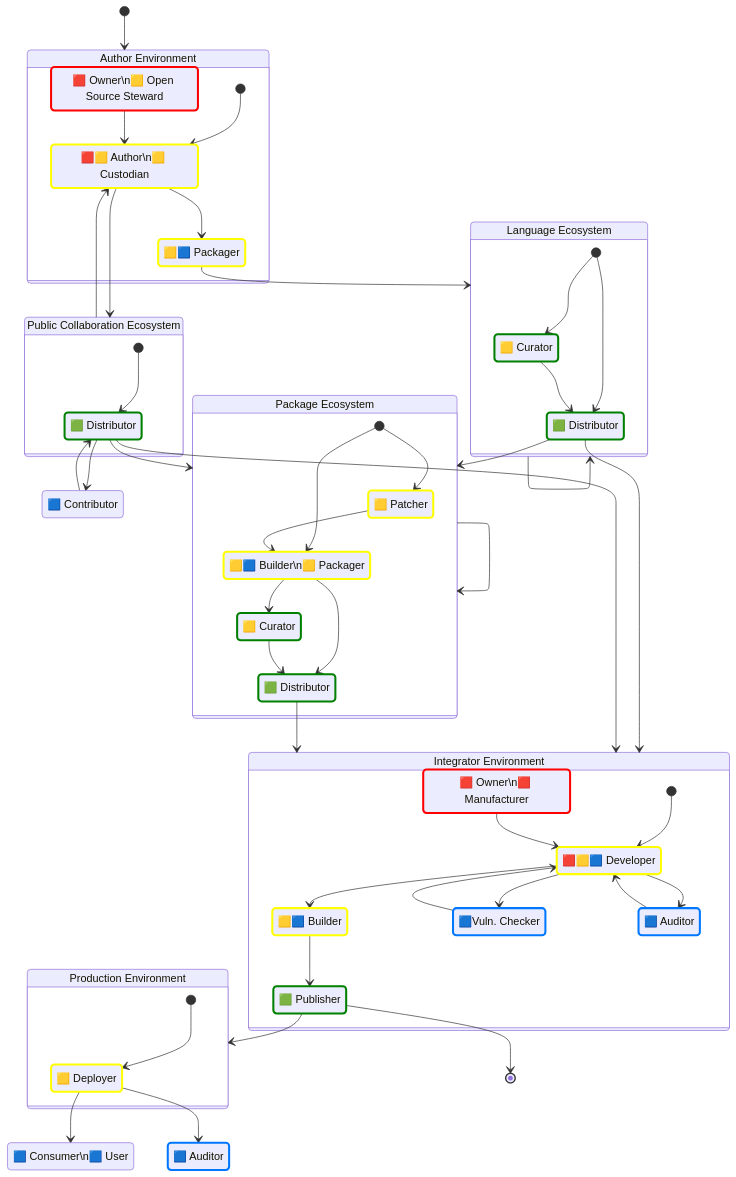
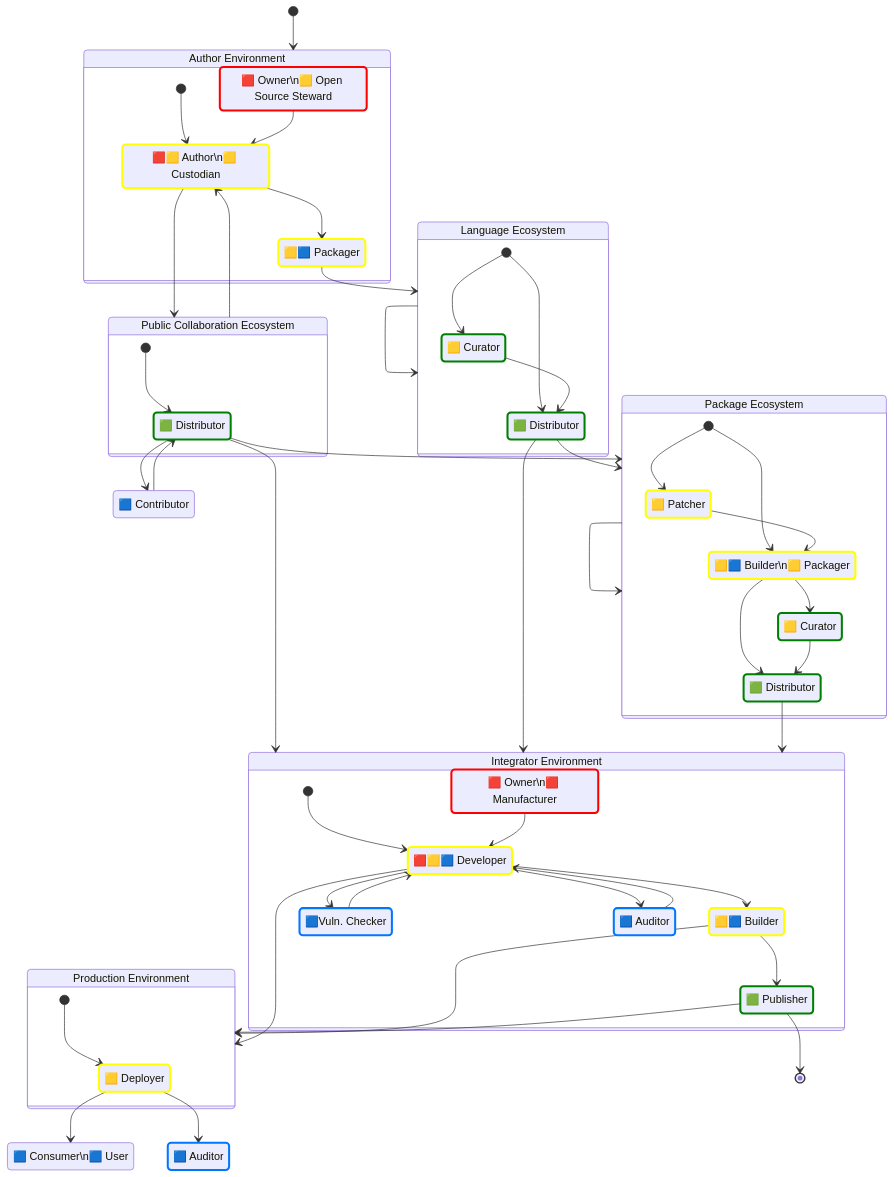
Before and after one commit to CPAN-Security/security.metacpan.org: the diagram in docs/supplychain-sbom.md, drawn with Mermaid.

Commit message:
Reorg supply-chain graph so it renders more cleanly

````diff
--- a/docs/supplychain-sbom.md
+++ b/docs/supplychain-sbom.md
@@ -87,17 +87,13 @@
     class auditor_internal verifiesSBOM
     class auditor_external verifiesSBOM
 
-    [*] --> ecosystem_author
-
     state "Author Environment" as ecosystem_author {
         [*] --> author
         author_owner --> author
-        author --> language_packager
+        author       --> language_packager
     }
 
-    author --> ecosystem_repo
-    ecosystem_repo --> author
-    language_packager --> ecosystem_lang
+    [*] --> ecosystem_author
 
     state "Language Ecosystem" as ecosystem_lang {
         [*] --> language_distributor
@@ -105,50 +101,56 @@
         language_curator --> language_distributor
     }
 
-    language_distributor --> ecosystem_integrator
-    language_distributor --> ecosystem_package
-    ecosystem_lang --> ecosystem_lang
+    language_packager --> ecosystem_lang
+    ecosystem_lang    --> ecosystem_lang
 
     state "Public Collaboration Ecosystem" as ecosystem_repo {
         [*] --> repository_distributor
     }
 
+    author         --> ecosystem_repo
+    ecosystem_repo --> author
+
     repository_distributor --> contributor
-    contributor --> repository_distributor
-
-    repository_distributor --> ecosystem_package
-    repository_distributor --> ecosystem_integrator
+    contributor            --> repository_distributor
 
     state "Package Ecosystem" as ecosystem_package {
         [*] --> package_patcher
         [*] --> package_packager
-        package_patcher --> package_packager
+        package_patcher  --> package_packager
         package_packager --> package_curator
         package_packager --> package_distributor
-        package_curator --> package_distributor
+        package_curator  --> package_distributor
     }
 
-    package_distributor --> ecosystem_integrator
-    ecosystem_package --> ecosystem_package
+    repository_distributor --> ecosystem_package
+    language_distributor   --> ecosystem_package
+    ecosystem_package      --> ecosystem_package
 
     state "Integrator Environment" as ecosystem_integrator {
         [*] --> integrator_developer
-        integrator_owner --> integrator_developer
-        integrator_builder --> integrator_publisher
+        integrator_owner     --> integrator_developer
+        integrator_builder   --> integrator_publisher
         integrator_developer --> integrator_checker
-        integrator_checker --> integrator_developer
-        auditor_internal --> integrator_developer
+        integrator_checker   --> integrator_developer
+        auditor_internal     --> integrator_developer
+        integrator_developer --> integrator_builder
         integrator_developer --> auditor_internal
-        integrator_developer --> integrator_builder
     }
 
-    integrator_publisher --> [*]
-    integrator_publisher --> ecosystem_prod
+    repository_distributor --> ecosystem_integrator
+    language_distributor   --> ecosystem_integrator
+    package_distributor    --> ecosystem_integrator
 
     state "Production Environment" as ecosystem_prod {
         [*] --> deployer
     }
 
+    integrator_publisher --> [*]
+    integrator_developer --> ecosystem_prod
+    integrator_builder   --> ecosystem_prod
+    integrator_publisher --> ecosystem_prod
+
     deployer --> consumer
     deployer --> auditor_external
 ```
````
